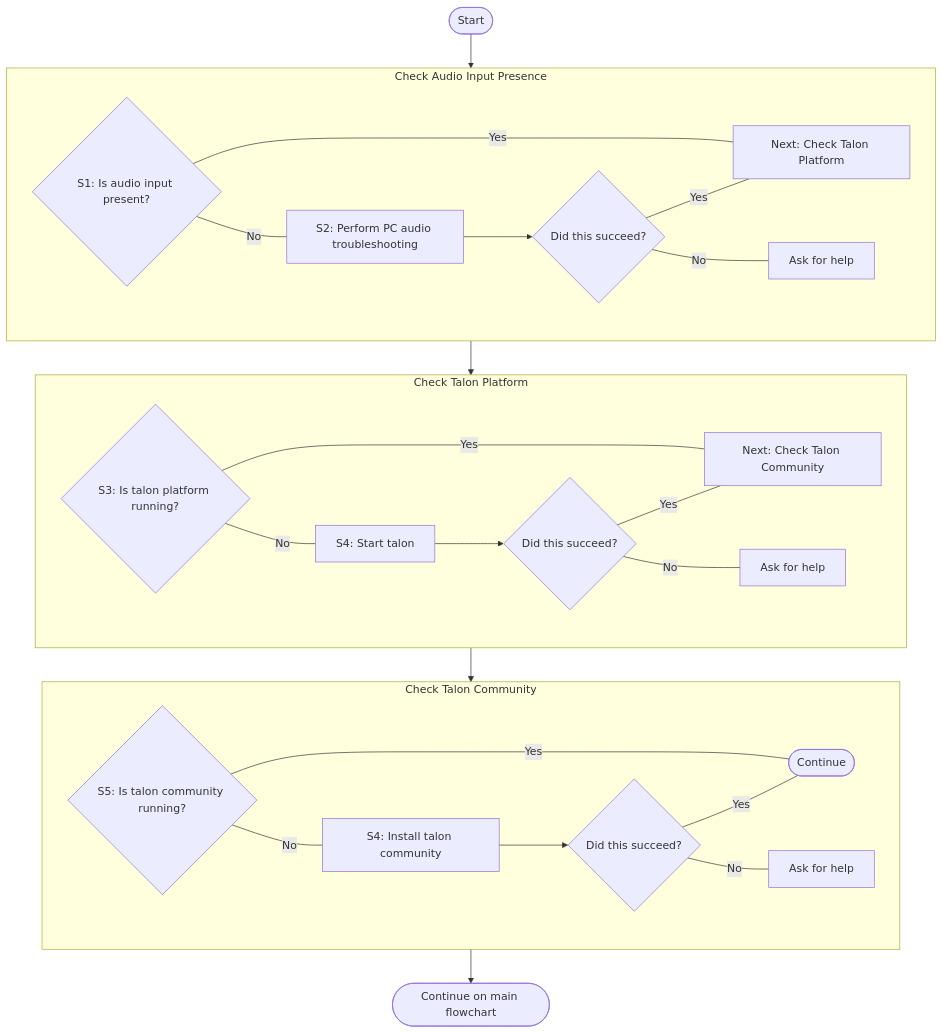
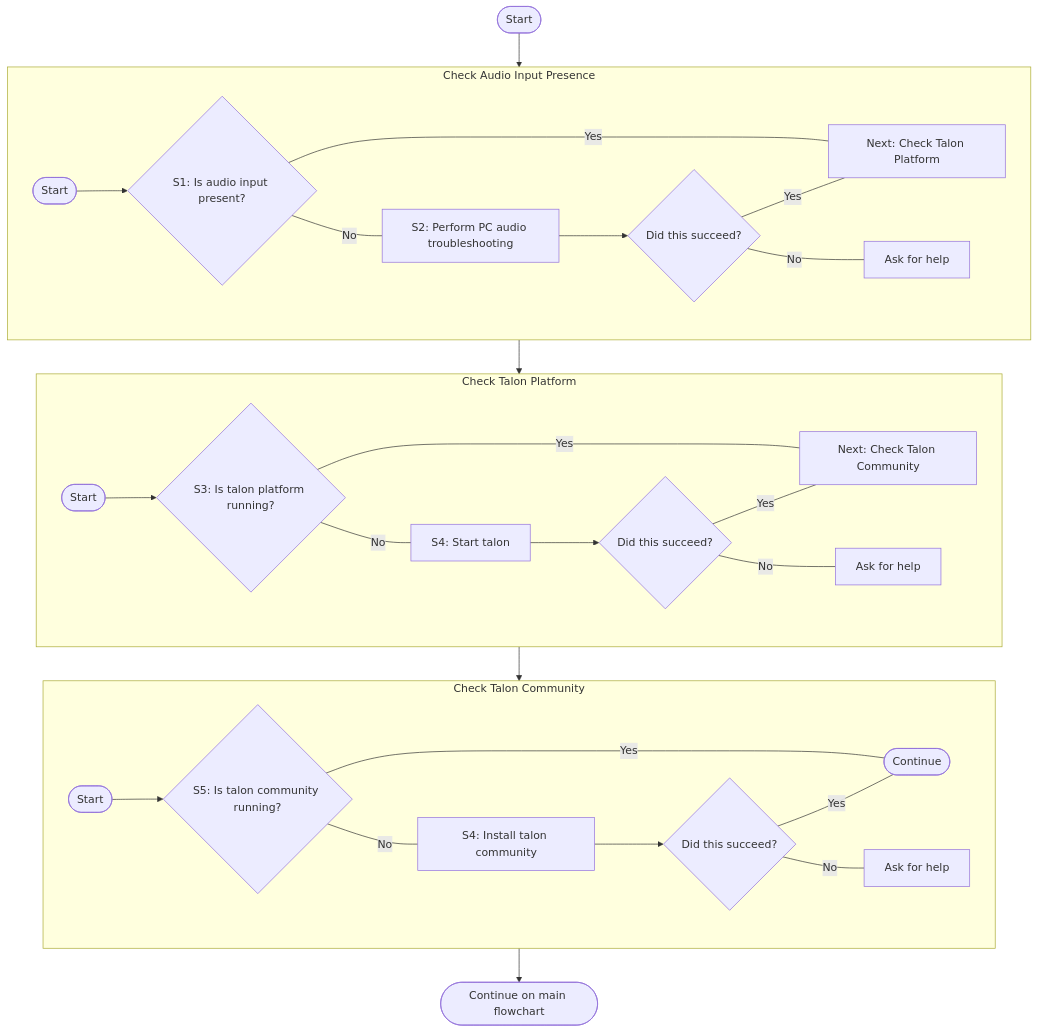
The second of 2 diagrams in docs/Resource Hub/Troubleshooting/basic-issues.md (TalonCommunity/Wiki), drawn with Mermaid before and after one commit. The commit also changed other lines of this file, not shown here.

````diff
--- a/docs/Resource Hub/Troubleshooting/basic-issues.md
+++ b/docs/Resource Hub/Troubleshooting/basic-issues.md
@@ -65,51 +83,69 @@
 ```mermaid
 graph TB
     start@{ shape: stadium, label: "Start"}
-    start-->group_audio_presence
+    start-->g1_audio_presence
 
-    subgraph group_audio_presence["Check Audio Input Presence"]
+    subgraph g1_audio_presence["Check Audio Input Presence"]
         direction LR
-        F1A{S1: Is audio input present?}
-        F1A-- No ---F1B
-        F1A-- Yes ---next1
-        F1B[S2: Perform PC audio troubleshooting]
-        F1B-->F1C
-        F1C{Did this succeed?}
-        F1C-- No ---ask_for_help1
-        F1C-- Yes ---next1
-        ask_for_help1[Ask for help]
-        next1[Next: Check Talon Platform]
+        g1_start@{ shape: stadium, label: "Start"}
+        g1_start-->g1_q1
+
+        g1_q1{S1: Is audio input present?}
+        g1_q1-- No ---g1_step1
+        g1_q1-- Yes ---g1_next
+
+        g1_step1[S2: Perform PC audio troubleshooting]
+        g1_step1-->g1_q2
+
+        g1_q2{Did this succeed?}
+        g1_q2-- No ---g1_ask_for_help
+        g1_q2-- Yes ---g1_next
+
+        g1_ask_for_help[Ask for help]
+        g1_next[Next: Check Talon Platform]
     end
-    group_audio_presence-->group_talon_platform
+    g1_audio_presence-->g2_talon_platform
 
-    subgraph group_talon_platform["Check Talon Platform"]
+    subgraph g2_talon_platform["Check Talon Platform"]
         direction LR
-        F2A{S3: Is talon platform running?}
-        F2A-- No ---F2B
-        F2A-- Yes ---next2
-        F2B[S4: Start talon]
-        F2B-->F2C
-        F2C{Did this succeed?}
-        F2C-- No ---ask_for_help2
-        F2C-- Yes ---next2
-        ask_for_help2[Ask for help]
-        next2[Next: Check Talon Community]
+        g2_start@{ shape: stadium, label: "Start"}
+        g2_start-->g2_q1
+
+        g2_q1{S3: Is talon platform running?}
+        g2_q1-- No ---g2_step1
+        g2_q1-- Yes ---g2_next
+
+        g2_step1[S4: Start talon]
+        g2_step1-->g2_q2
+
+        g2_q2{Did this succeed?}
+        g2_q2-- No ---g2_ask_for_help
+        g2_q2-- Yes ---g2_next
+        g2_ask_for_help[Ask for help]
+        g2_next[Next: Check Talon Community]
     end
-    group_talon_platform-->group_talon_community
+    g2_talon_platform-->g3_talon_community
 
-    subgraph group_talon_community["Check Talon Community"]
+    subgraph g3_talon_community["Check Talon Community"]
         direction LR
-        _F3A{S5: Is talon community running?}
-        _F3A-- No ---_F3B
-        _F3A-- Yes ---next3
-        _F3B[S4: Install talon community]
-        _F3B-->_F3C
-        _F3C{Did this succeed?}
-        _F3C-- No ---ask_for_help3
-        _F3C-- Yes ---next3
-        ask_for_help3[Ask for help]
+        g3_start@{ shape: stadium, label: "Start"}
+        g3_start-->g3_q1
+
+        g3_q1{S5: Is talon community running?}
+        g3_q1-- No ---g3_step1
+        g3_q1-- Yes ---next3
+
+        g3_step1[S4: Install talon community]
+        g3_step1-->g3_q2
+
+        g3_q2{Did this succeed?}
+        g3_q2-- No ---g3_ask_for_help
+        g3_q2-- Yes ---next3
+
+        g3_ask_for_help[Ask for help]
         next3@{ shape: stadium, label: "Continue"}
     end
-    group_talon_community-->continue
+
+    g3_talon_community-->continue
     continue@{ shape: stadium, label: "Continue on main flowchart"}
 ```
````
